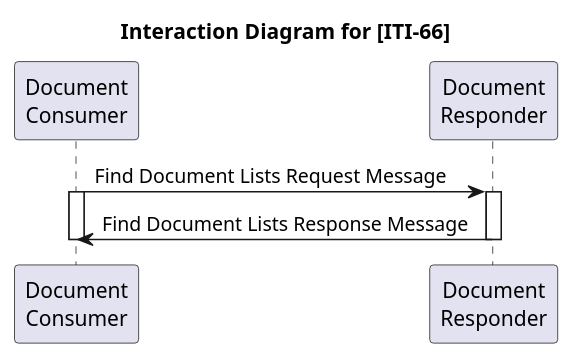
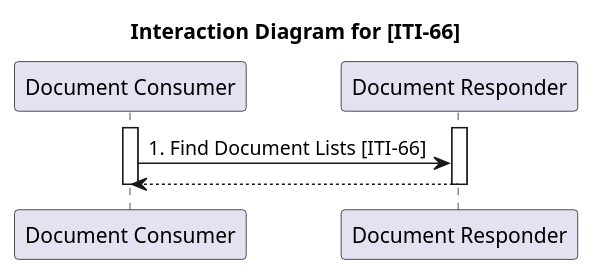
The diagram in input/images-source/MHD_ActorDiagram_ITI-66.plantuml (ehealthsuisse/ch-epr-fhir), drawn with PlantUML before and after one commit. The commit also changed 31 other files, not shown here.

```diff
--- a/input/images-source/MHD_ActorDiagram_ITI-66.plantuml
+++ b/input/images-source/MHD_ActorDiagram_ITI-66.plantuml
@@ -1,16 +1,14 @@
 @startuml
 
 title Interaction Diagram for [ITI-66]
 
-participant consumer as "Document\nConsumer"
-participant responder as "Document\nResponder"
-
-consumer -> responder: Find Document Lists Request Message
-activate consumer
-activate responder
-
-responder -> consumer: Find Document Lists Response Message
-deactivate responder
-deactivate consumer
+participant "Document Consumer" as DocumentConsumer
+participant "Document Responder" as DocumentResponder
+activate "DocumentConsumer"
+activate "DocumentResponder"
+"DocumentConsumer" -> "DocumentResponder" : 1. Find Document Lists [ITI-66]
+return
+deactivate "DocumentConsumer"
+deactivate "DocumentResponder"
 
 @enduml 
```
